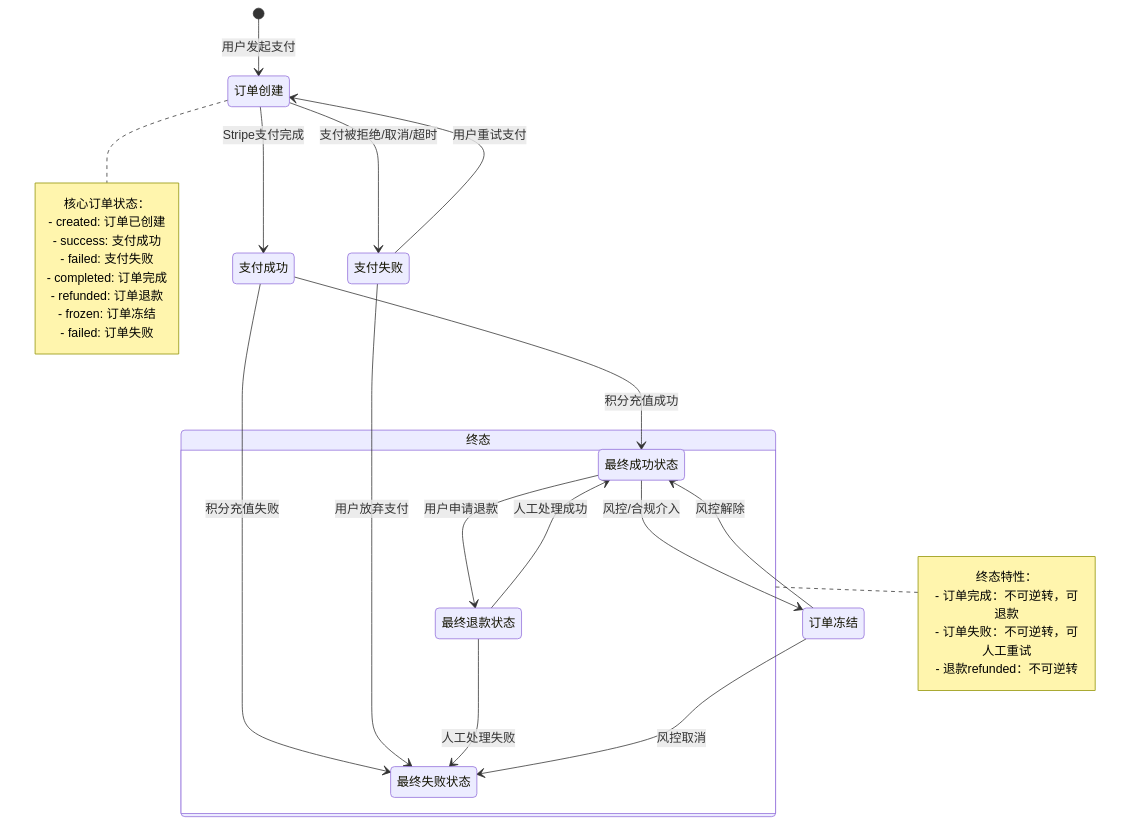
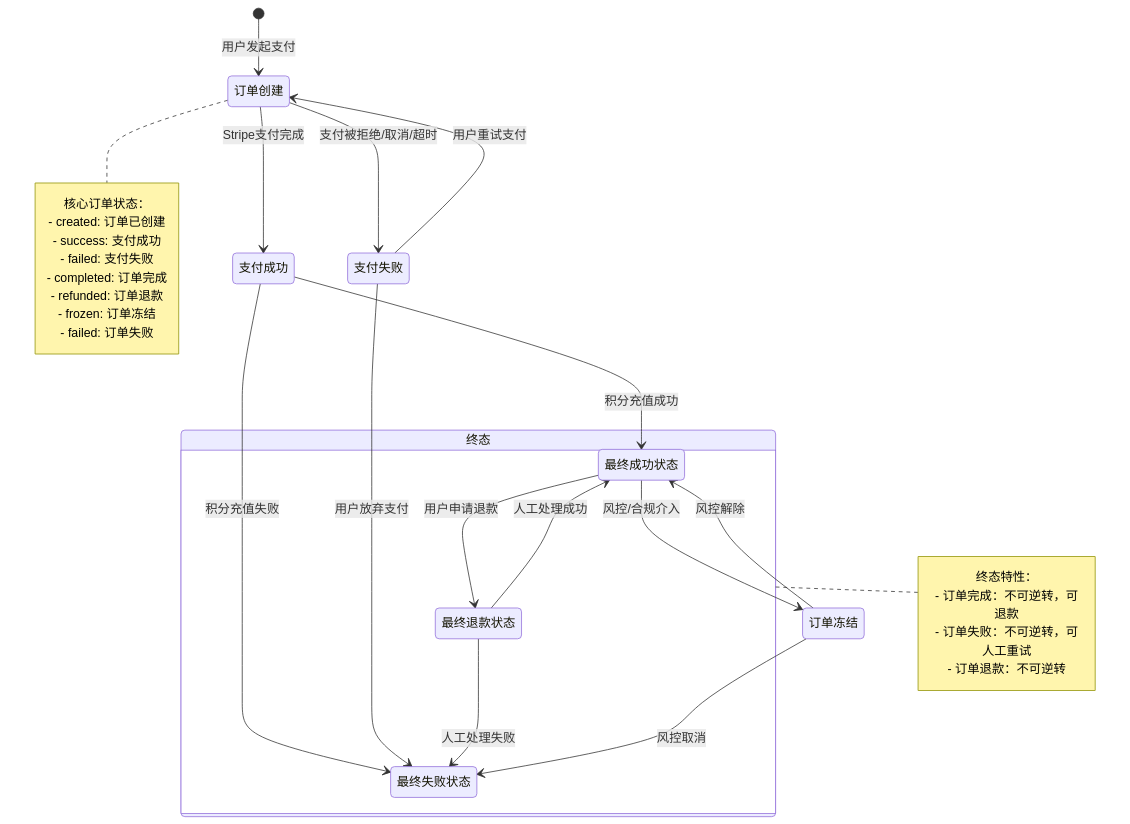
One commit to caofanCPU/diaomao changed diagram 18 of 18 in docs/PaidDesign-v1.0.md. Above: the diagram before and after it, drawn with Mermaid. The commit also changed other lines of this file, not shown here.

````diff
--- a/docs/PaidDesign-v1.0.md
+++ b/docs/PaidDesign-v1.0.md
@@ -1171,48 +1198,48 @@
 ```mermaid
 stateDiagram-v2
     [*] --> 订单创建: 用户发起支付
     
     订单创建 --> 支付成功: Stripe支付完成
     订单创建 --> 支付失败: 支付被拒绝/取消/超时
     
     支付成功 --> 订单完成: 积分充值成功
     支付成功 --> 订单失败: 积分充值失败
     
     支付失败 --> 订单创建: 用户重试支付
     支付失败 --> 订单失败: 用户放弃支付
     
     订单完成 --> 退款refunded: 用户申请退款
     订单完成 --> 订单冻结: 风控/合规介入
     
     退款refunded --> 订单完成: 人工处理成功
     退款refunded --> 订单失败: 人工处理失败
     
     订单冻结 --> 订单完成: 风控解除
     订单冻结 --> 订单失败: 风控取消
     
     %% 终态定义
     state 终态 {
         订单完成: 最终成功状态
         订单失败: 最终失败状态
         退款refunded: 最终退款状态
     }
     
     %% 状态说明
     note right of 订单创建
         核心订单状态：
         - created: 订单已创建
         - success: 支付成功
         - failed: 支付失败
         - completed: 订单完成
         - refunded: 订单退款
         - frozen: 订单冻结
         - failed: 订单失败
     end note
     
     note right of 终态
         终态特性：
         - 订单完成：不可逆转，可退款
         - 订单失败：不可逆转，可人工重试
-        - 退款refunded：不可逆转
+        - 订单退款：不可逆转
     end note
 ```
````
